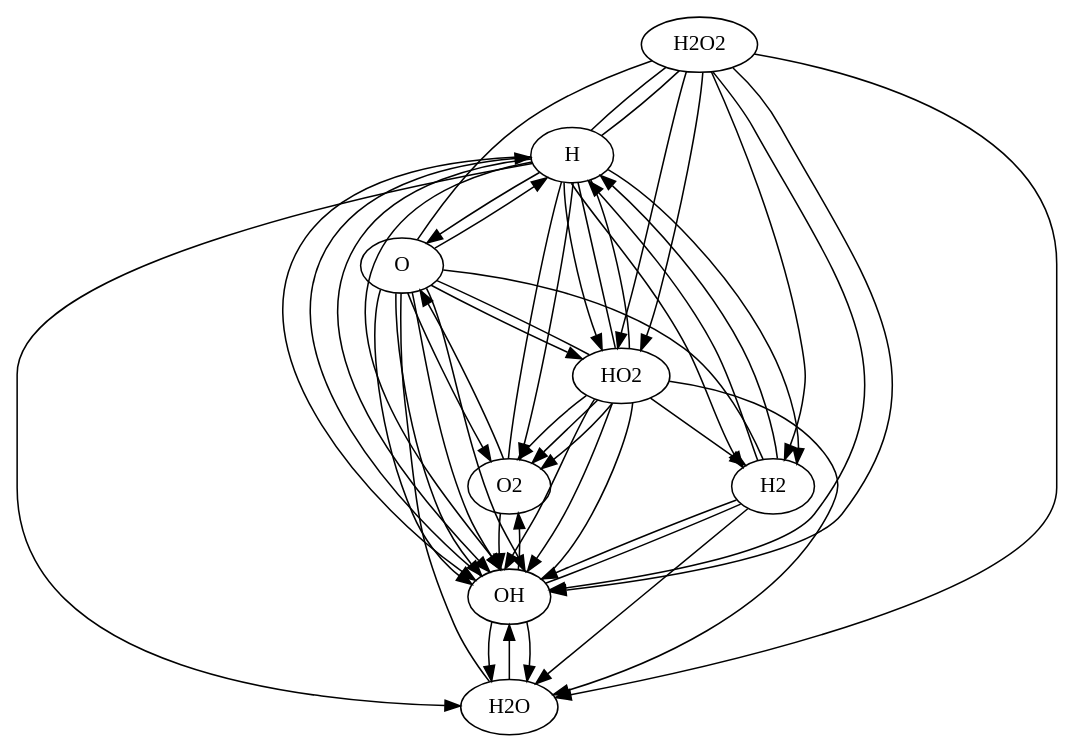
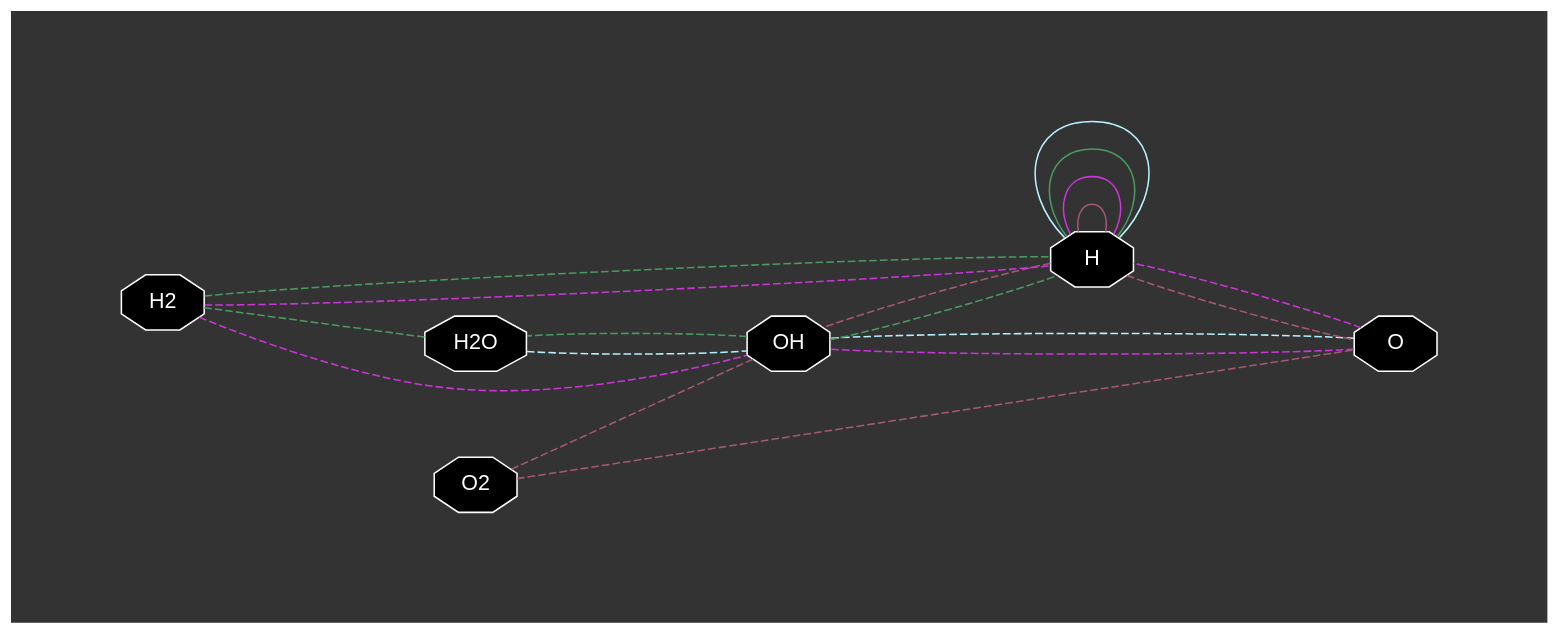
The diagram in Digraph.gv (cs207group9/cs207-FinalProject), drawn with Graphviz before and after one commit. The commit also changed 3 other files, not shown here.

```diff
--- a/Digraph.gv
+++ b/Digraph.gv
@@ -1,63 +1,35 @@
-// Hierarchical Graph
 digraph {
-	graph [arrowhead=open color=white fontcolor=white fontname=Courier fontsize=12 style=dashed]
-	H
-	O
-	OH
-	H2
-	H2O
-	O2
-	HO2
-	H2O2
-	H -> O [color=3]
-	H -> OH [color=3]
-	H -> O2 [arrowhead=none]
-	O2 -> O [color=3]
-	O2 -> OH [color=3]
-	O -> H [color=3]
-	O -> OH [color=3]
-	O -> H2 [arrowhead=none]
-	H2 -> H [color=3]
-	H2 -> OH [color=3]
-	H2 -> H2O [color=3]
-	H2 -> H [color=3]
-	H2 -> OH [arrowhead=none]
-	OH -> H2O [color=3]
-	OH -> H [color=3]
-	O -> OH [color=3]
-	O -> H2O [arrowhead=none]
-	H2O -> OH [color=3]
-	HO2 -> H2 [color=3]
-	HO2 -> O2 [color=3]
-	HO2 -> H [arrowhead=none]
-	H -> H2 [color=3]
-	H -> O2 [color=3]
-	HO2 -> OH [color=3]
-	HO2 -> H [arrowhead=none]
-	H -> OH [color=3]
-	HO2 -> O2 [color=3]
-	HO2 -> OH [color=3]
-	HO2 -> O [arrowhead=none]
-	O -> O2 [color=3]
-	O -> OH [color=3]
-	HO2 -> H2O [color=3]
-	HO2 -> O2 [color=3]
-	HO2 -> OH [arrowhead=none]
-	OH -> H2O [color=3]
-	OH -> O2 [color=3]
-	H2O2 -> H2O [color=3]
-	H2O2 -> OH [color=3]
-	H2O2 -> H [arrowhead=none]
-	H -> H2O [color=3]
-	H -> OH [color=3]
-	H2O2 -> HO2 [color=3]
-	H2O2 -> H2 [color=3]
-	H2O2 -> H [arrowhead=none]
-	H -> HO2 [color=3]
-	H -> H2 [color=3]
-	H2O2 -> OH [color=3]
-	H2O2 -> HO2 [color=3]
-	H2O2 -> O [arrowhead=none]
-	O -> OH [color=3]
-	O -> HO2 [color=3]
+	graph [bgcolor="#333333" fontcolor=white fontsize=16 pad=1 rankdir=LR ranksep=2]
+	node [color=white fillcolor=black fontcolor=white fontname=Helvetica shape=octagon style=filled]
+	edge [arrowhead=open color=white fontcolor=white fontname=Courier fontsize=12 style=dashed]
+	subgraph "Reactant graph" {
+		node [rank=same]
+		H2O
+		O
+	}
+	subgraph "Product graph" {
+		node [rank=same]
+		H
+		H2
+		O2
+		OH
+	}
+	H -> O [arrowhead=none color="#A55777"]
+	H -> OH [arrowhead=none color="#A55777"]
+	H -> H [arrowhead=none color="#A55777" style=filled]
+	O2 -> O [arrowhead=none color="#A55777"]
+	O2 -> OH [arrowhead=none color="#A55777"]
+	O -> H [arrowhead=none color="#CC34DA"]
+	O -> OH [arrowhead=none color="#CC34DA"]
+	H -> H [arrowhead=none color="#CC34DA" style=filled]
+	H2 -> H [arrowhead=none color="#CC34DA"]
+	H2 -> OH [arrowhead=none color="#CC34DA"]
+	H2 -> H2O [arrowhead=none color="#4A9963"]
+	H2 -> H [arrowhead=none color="#4A9963"]
+	H -> H [arrowhead=none color="#4A9963" style=filled]
+	OH -> H2O [arrowhead=none color="#4A9963"]
+	OH -> H [arrowhead=none color="#4A9963"]
+	O -> OH [arrowhead=none color="#B6EFFC"]
+	H -> H [arrowhead=none color="#B6EFFC" style=filled]
+	H2O -> OH [arrowhead=none color="#B6EFFC"]
 }
```
